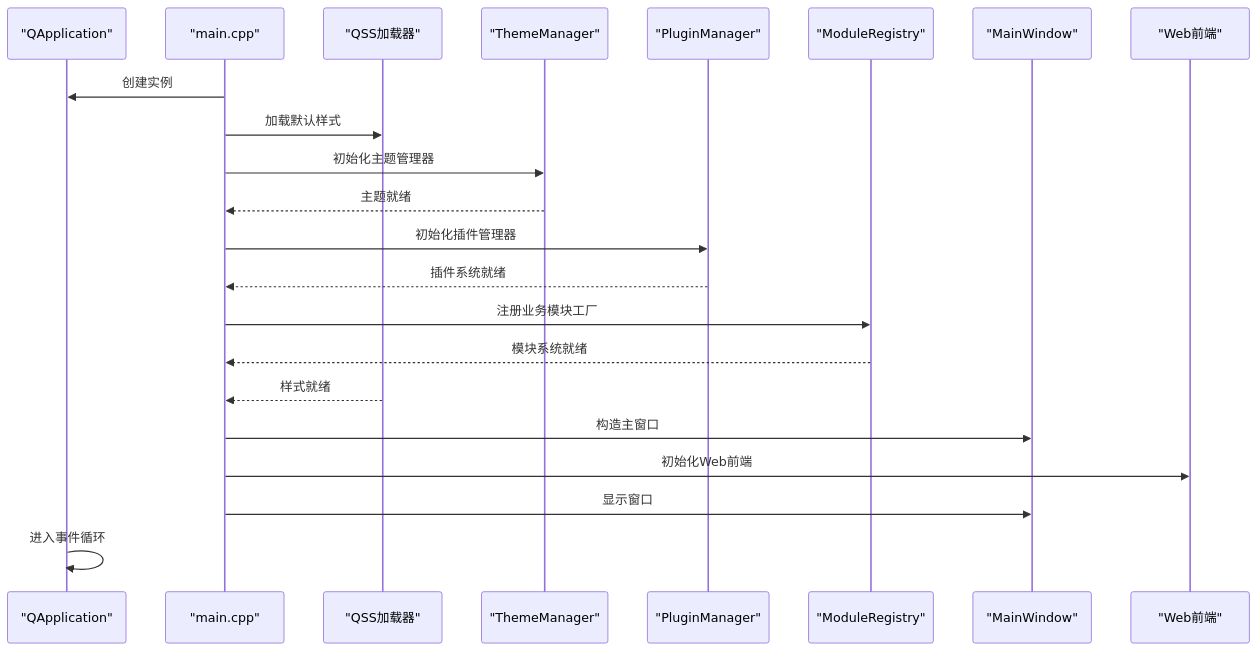
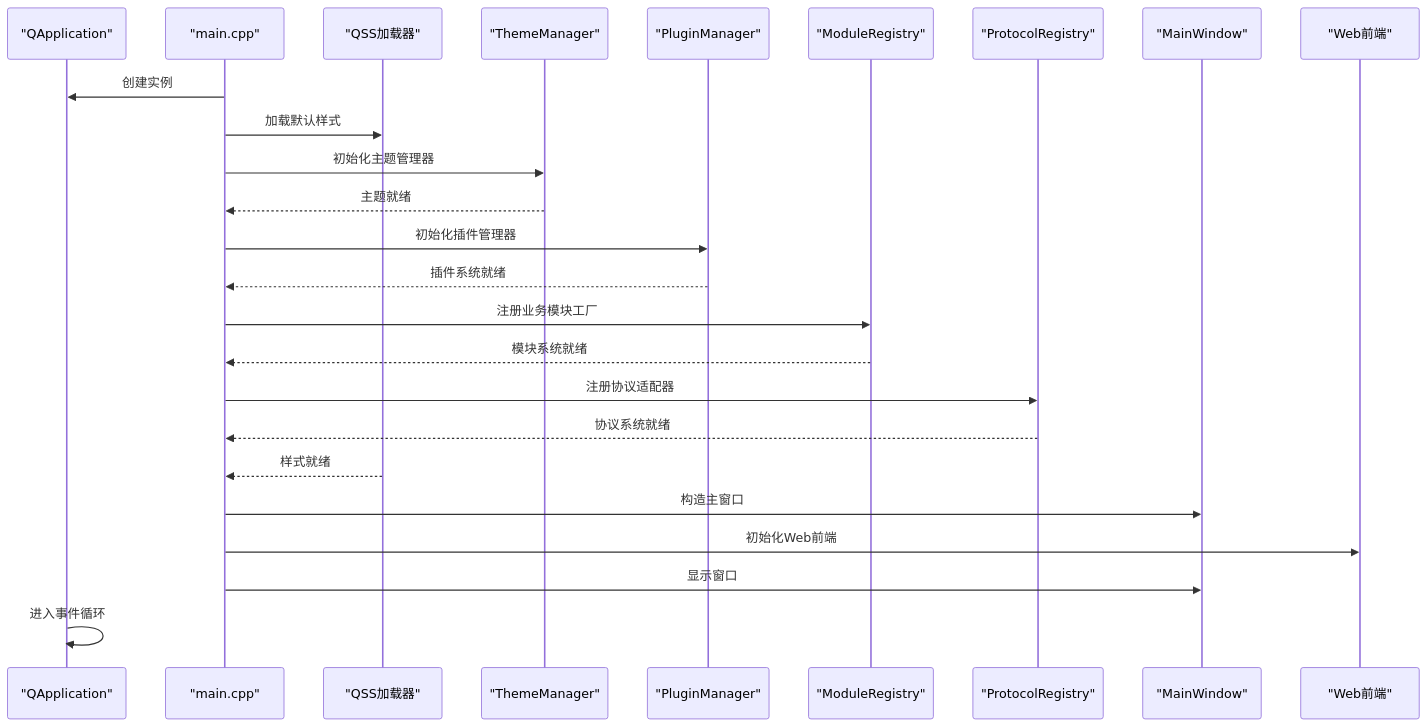
Before and after one commit to jakecai1225-design/OpenBus: diagram 14 of 44 in .qoder/repowiki/zh/content/架构设计/UI系统设计/UI系统设计.md, drawn with Mermaid. The commit also changed other lines of this file and 899 other files, not shown here.

````diff
--- a/.qoder/repowiki/zh/content/架构设计/UI系统设计/UI系统设计.md
+++ b/.qoder/repowiki/zh/content/架构设计/UI系统设计/UI系统设计.md
@@ -664,24 +1115,27 @@
 ```mermaid
 sequenceDiagram
 participant App as "QApplication"
 participant Main as "main.cpp"
 participant Style as "QSS加载器"
 participant Theme as "ThemeManager"
 participant Plugin as "PluginManager"
 participant Module as "ModuleRegistry"
+participant Protocol as "ProtocolRegistry"
 participant Win as "MainWindow"
 participant Web as "Web前端"
 Main->>App : 创建实例
 Main->>Style : 加载默认样式
 Main->>Theme : 初始化主题管理器
 Theme-->>Main : 主题就绪
 Main->>Plugin : 初始化插件管理器
 Plugin-->>Main : 插件系统就绪
 Main->>Module : 注册业务模块工厂
 Module-->>Main : 模块系统就绪
+Main->>Protocol : 注册协议适配器
+Protocol-->>Main : 协议系统就绪
 Style-->>Main : 样式就绪
 Main->>Win : 构造主窗口
 Main->>Web : 初始化Web前端
 Main->>Win : 显示窗口
 App->>App : 进入事件循环
 ```
````
